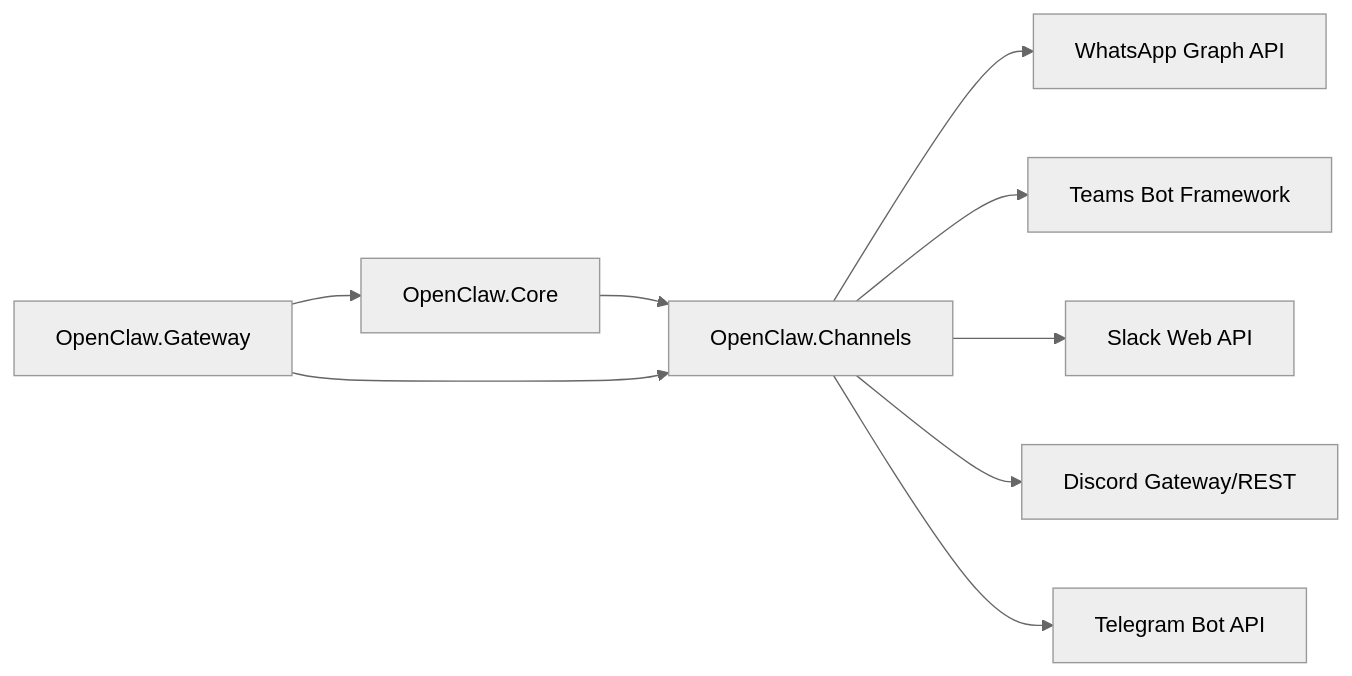
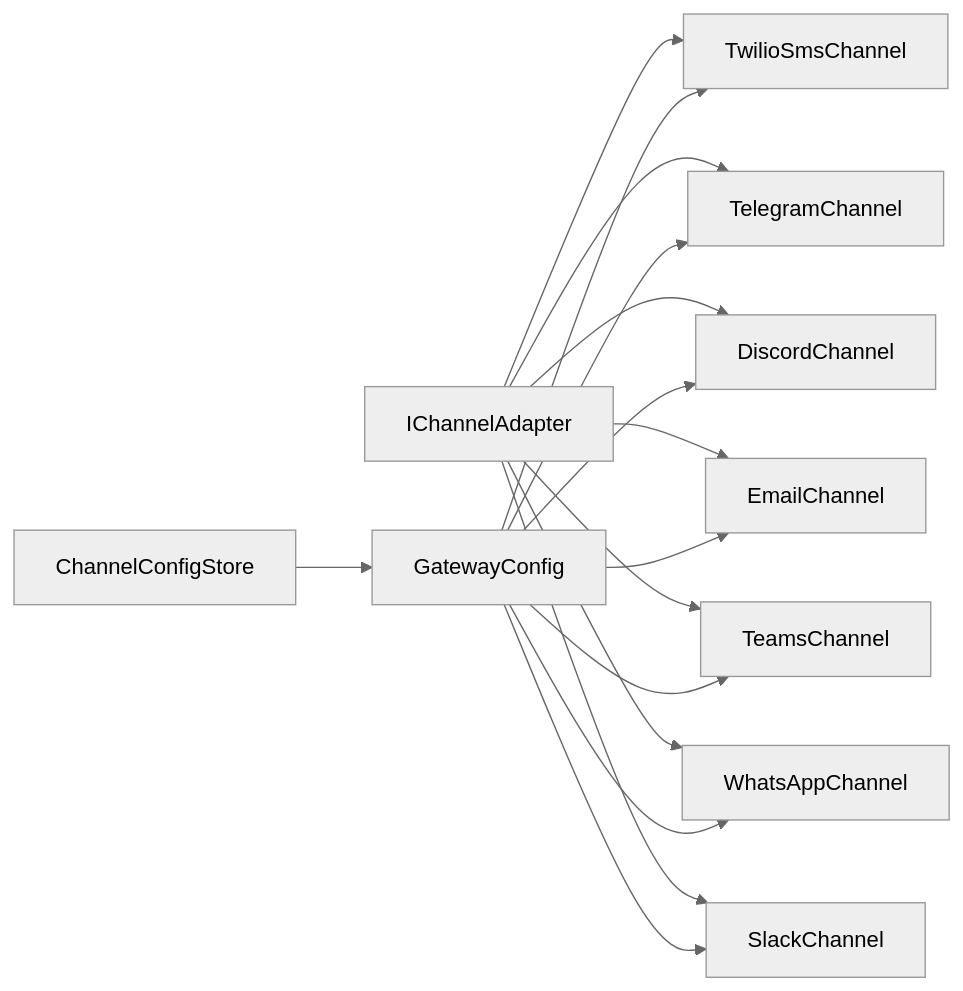
One commit to wayyet/kingcrab changed the ninth of 9 diagrams in .qoder/repowiki/zh/content/通信渠道/通信渠道.md. Above: the diagram before and after it, drawn with Mermaid (neutral theme). The commit also changed other lines of this file and 173 other files, not shown here.

````diff
--- a/.qoder/repowiki/zh/content/通信渠道/通信渠道.md
+++ b/.qoder/repowiki/zh/content/通信渠道/通信渠道.md
@@ -330,11 +344,18 @@
 ```mermaid
 graph LR
-Core["OpenClaw.Core"] --> Channels["OpenClaw.Channels"]
-Gateway["OpenClaw.Gateway"] --> Channels
-Gateway --> Core
-Channels --> Ext1["WhatsApp Graph API"]
-Channels --> Ext2["Teams Bot Framework"]
-Channels --> Ext3["Slack Web API"]
-Channels --> Ext4["Discord Gateway/REST"]
-Channels --> Ext5["Telegram Bot API"]
+ICA["IChannelAdapter"] --> SMS["TwilioSmsChannel"]
+ICA --> TG["TelegramChannel"]
+ICA --> DC["DiscordChannel"]
+ICA --> EM["EmailChannel"]
+ICA --> TM["TeamsChannel"]
+ICA --> WA["WhatsAppChannel"]
+ICA --> SL["SlackChannel"]
+CFG["GatewayConfig"] --> SMS
+CFG --> TG
+CFG --> DC
+CFG --> EM
+CFG --> TM
+CFG --> WA
+CFG --> SL
+STORE["ChannelConfigStore"] --> CFG
 ```
````
